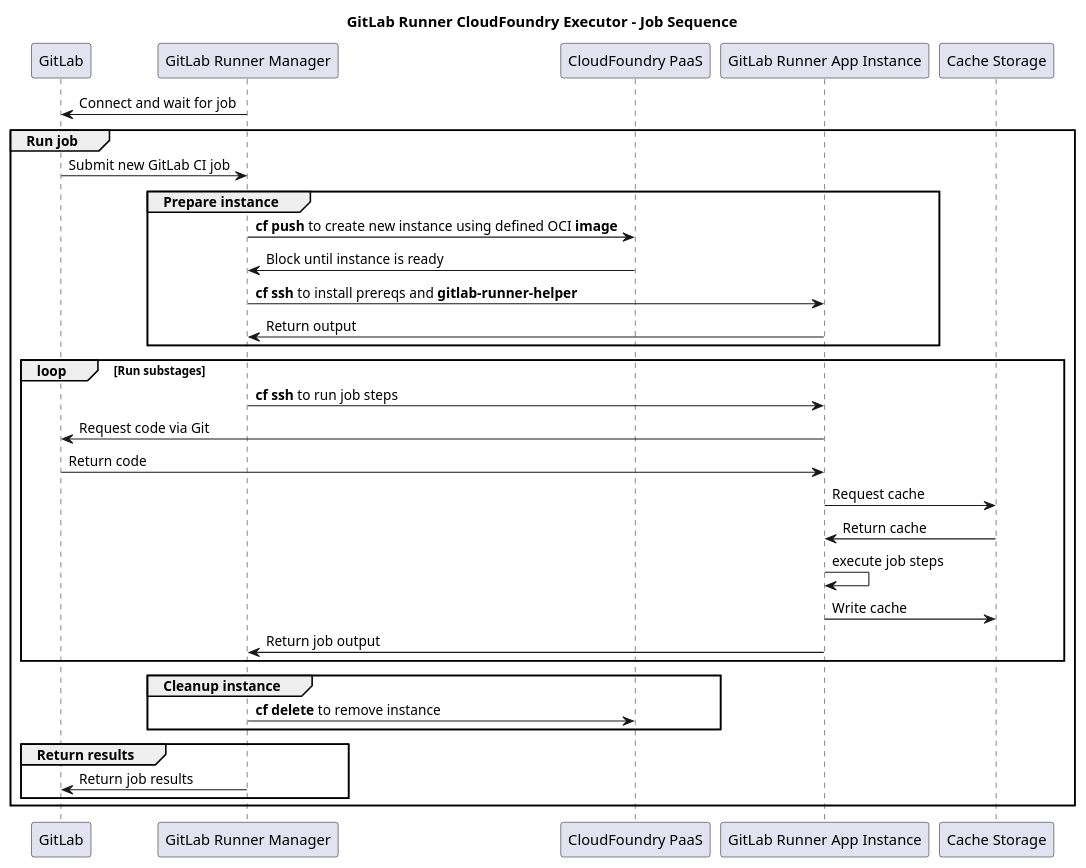
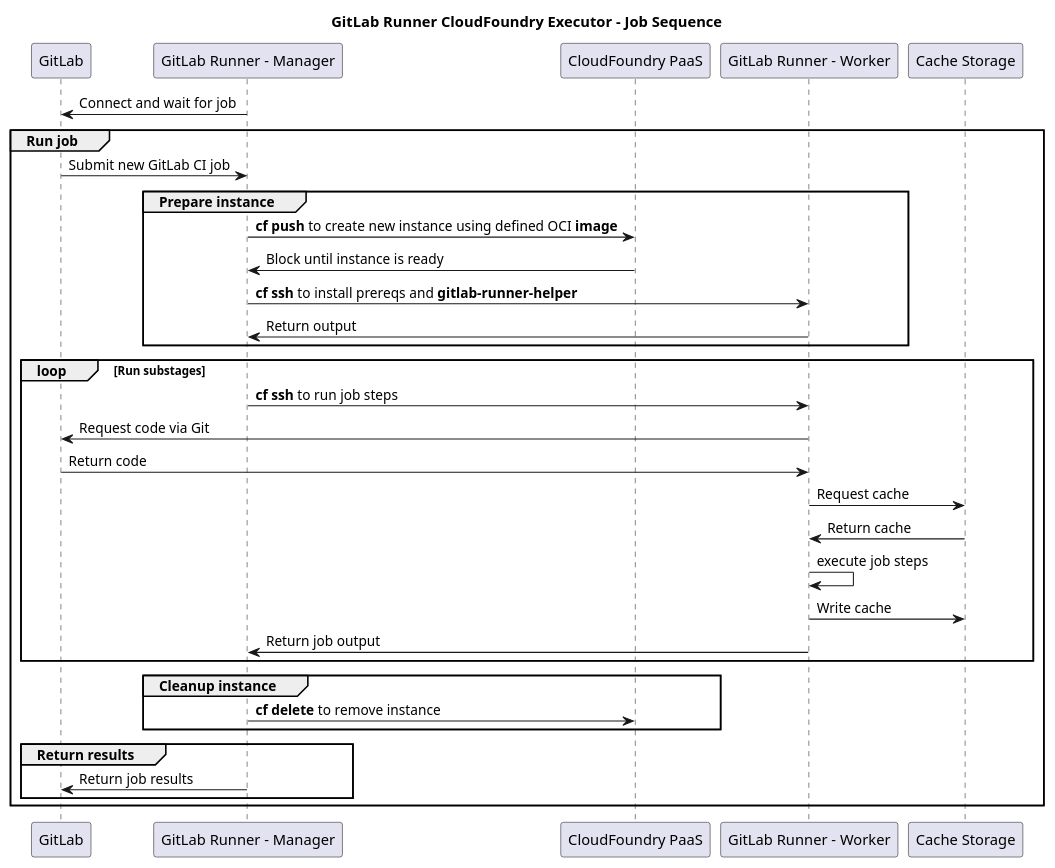
One commit to GSA-TTS/gitlab-runner-cloudgov changed the diagram in doc/gitlab-runner-cf-driver-sequence.pu. Above: the diagram before and after it, drawn with PlantUML. The commit also changed 4 other files, not shown here.

First line of the commit message:
Add a component diagram to the documentation (#18)

```diff
--- a/doc/gitlab-runner-cf-driver-sequence.pu
+++ b/doc/gitlab-runner-cf-driver-sequence.pu
@@ -1,54 +1,54 @@
 @startuml
 
 title GitLab Runner CloudFoundry Executor - Job Sequence
 
 'skinparam monochrome true
 
 'autonumber
 
 participant "GitLab" as gitlab
-participant "GitLab Runner Manager" as manager
+participant "GitLab Runner - Manager" as glrm
 participant "CloudFoundry PaaS" as cf
-participant "GitLab Runner App Instance" as cfrunner
+participant "GitLab Runner - Worker" as glrw
 participant "Cache Storage" as cache
 ' Start
 
-manager -> gitlab : Connect and wait for job
+glrm -> gitlab : Connect and wait for job
 
 group Run job
-gitlab -> manager : Submit new GitLab CI job
+gitlab -> glrm : Submit new GitLab CI job
 
 group Prepare instance
 ' prepare.sh
-manager -> cf : **cf push** to create new instance using defined OCI **image**
-cf -> manager : Block until instance is ready
+glrm -> cf : **cf push** to create new instance using defined OCI **image**
+cf -> glrm : Block until instance is ready
 
-manager -> cfrunner : **cf ssh** to install prereqs and **gitlab-runner-helper**
-cfrunner -> manager : Return output
+glrm -> glrw : **cf ssh** to install prereqs and **gitlab-runner-helper**
+glrw -> glrm : Return output
 end
 
 loop Run substages
 ' run.sh
-manager -> cfrunner : **cf ssh** to run job steps
-cfrunner -> gitlab : Request code via Git
-gitlab -> cfrunner : Return code
-cfrunner -> cache : Request cache
-cache -> cfrunner : Return cache
+glrm -> glrw : **cf ssh** to run job steps
+glrw -> gitlab : Request code via Git
+gitlab -> glrw : Return code
+glrw -> cache : Request cache
+cache -> glrw : Return cache
 
-cfrunner -> cfrunner : execute job steps
+glrw -> glrw : execute job steps
 
-cfrunner -> cache : Write cache
+glrw -> cache : Write cache
 
-cfrunner -> manager : Return job output
+glrw -> glrm : Return job output
 end
 
 group Cleanup instance
-manager -> cf : **cf delete** to remove instance
+glrm -> cf : **cf delete** to remove instance
 end
 
 group Return results
-manager -> gitlab : Return job results
+glrm -> gitlab : Return job results
 end
 
 end
 @enduml
```
